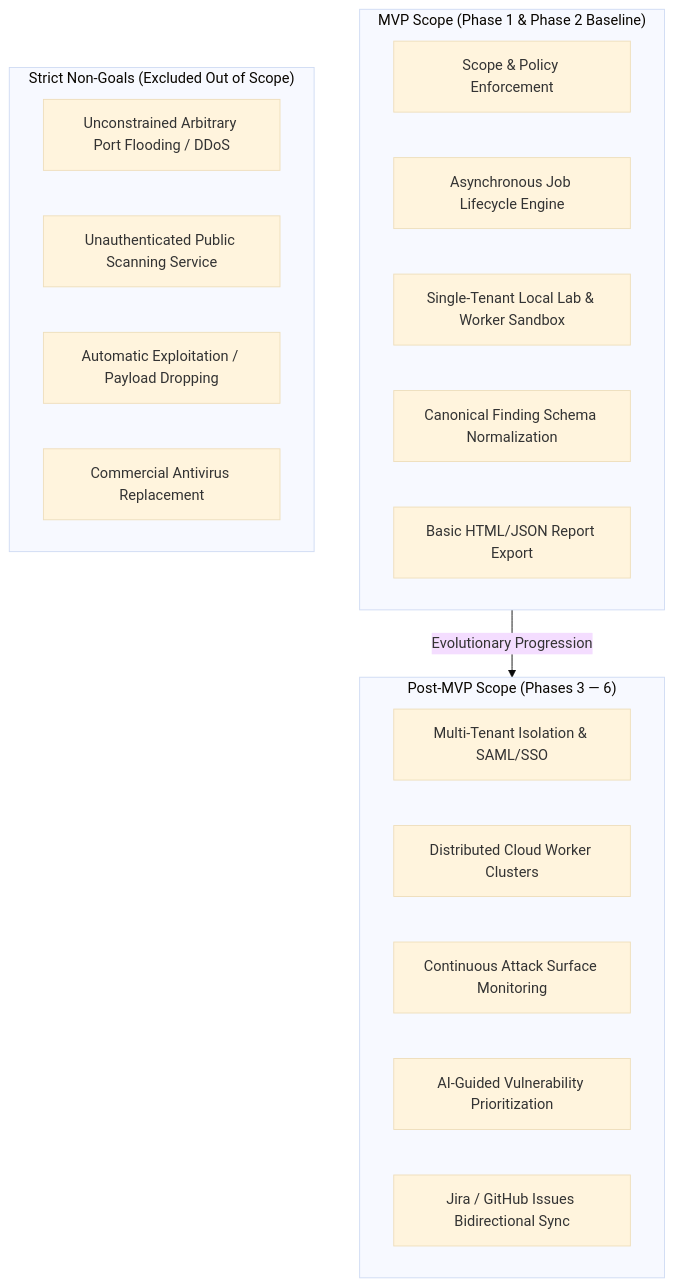
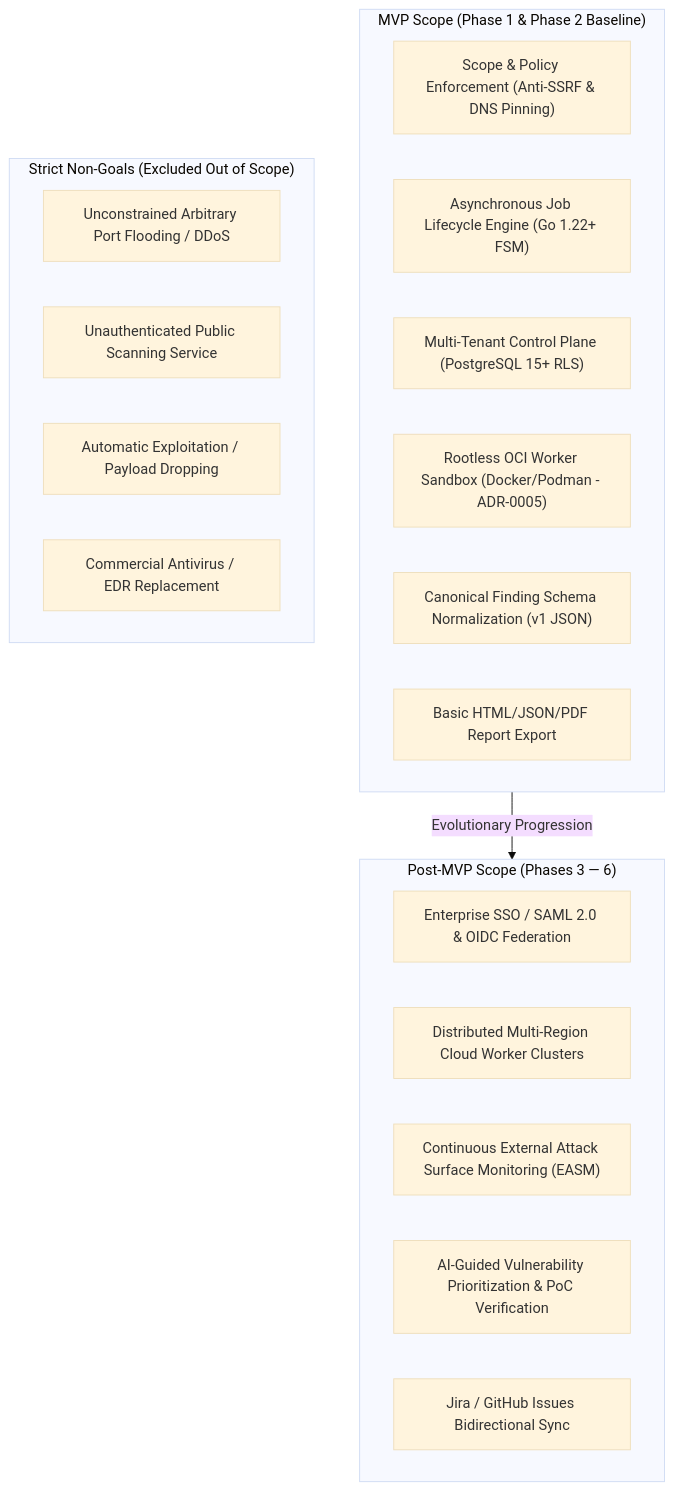
Before and after one commit to eOzkahq/Kelvin: the first of 3 diagrams in docs/MVP_AND_PHASE_BIFURCATION.md, drawn with Mermaid (base theme). The commit also changed other lines of this file and 10 other files, not shown here.

First line of the commit message:
docs(architecture): harmonize foundation specifications and documentation with ADR-0001 through ADR-0005 (P1-26)

````diff
--- a/docs/MVP_AND_PHASE_BIFURCATION.md
+++ b/docs/MVP_AND_PHASE_BIFURCATION.md
@@ -7,27 +7,28 @@
 ```mermaid
 flowchart TD
     subgraph InScopeMVP["MVP Scope (Phase 1 & Phase 2 Baseline)"]
-        A1["Scope & Policy Enforcement"]
-        A2["Asynchronous Job Lifecycle Engine"]
-        A3["Single-Tenant Local Lab & Worker Sandbox"]
-        A4["Canonical Finding Schema Normalization"]
-        A5["Basic HTML/JSON Report Export"]
+        A1["Scope & Policy Enforcement (Anti-SSRF & DNS Pinning)"]
+        A2["Asynchronous Job Lifecycle Engine (Go 1.22+ FSM)"]
+        A3["Multi-Tenant Control Plane (PostgreSQL 15+ RLS)"]
+        A4["Rootless OCI Worker Sandbox (Docker/Podman - ADR-0005)"]
+        A5["Canonical Finding Schema Normalization (v1 JSON)"]
+        A6["Basic HTML/JSON/PDF Report Export"]
     end
 
     subgraph FutureScope["Post-MVP Scope (Phases 3 — 6)"]
-        B1["Multi-Tenant Isolation & SAML/SSO"]
-        B2["Distributed Cloud Worker Clusters"]
-        B3["Continuous Attack Surface Monitoring"]
-        B4["AI-Guided Vulnerability Prioritization"]
+        B1["Enterprise SSO / SAML 2.0 & OIDC Federation"]
+        B2["Distributed Multi-Region Cloud Worker Clusters"]
+        B3["Continuous External Attack Surface Monitoring (EASM)"]
+        B4["AI-Guided Vulnerability Prioritization & PoC Verification"]
         B5["Jira / GitHub Issues Bidirectional Sync"]
     end
 
     subgraph NonGoals["Strict Non-Goals (Excluded Out of Scope)"]
         C1["Unconstrained Arbitrary Port Flooding / DDoS"]
         C2["Unauthenticated Public Scanning Service"]
         C3["Automatic Exploitation / Payload Dropping"]
-        C4["Commercial Antivirus Replacement"]
+        C4["Commercial Antivirus / EDR Replacement"]
     end
 
     InScopeMVP -->|Evolutionary Progression| FutureScope
 ```
````
